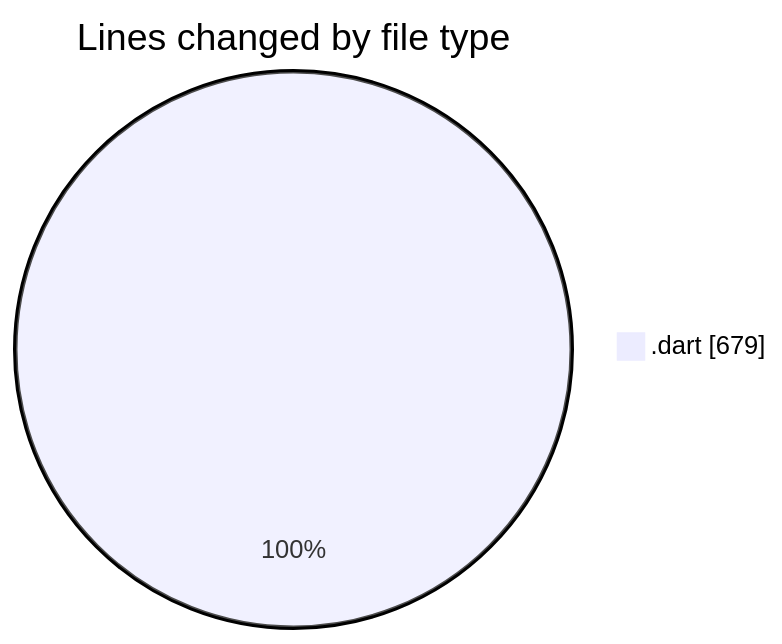
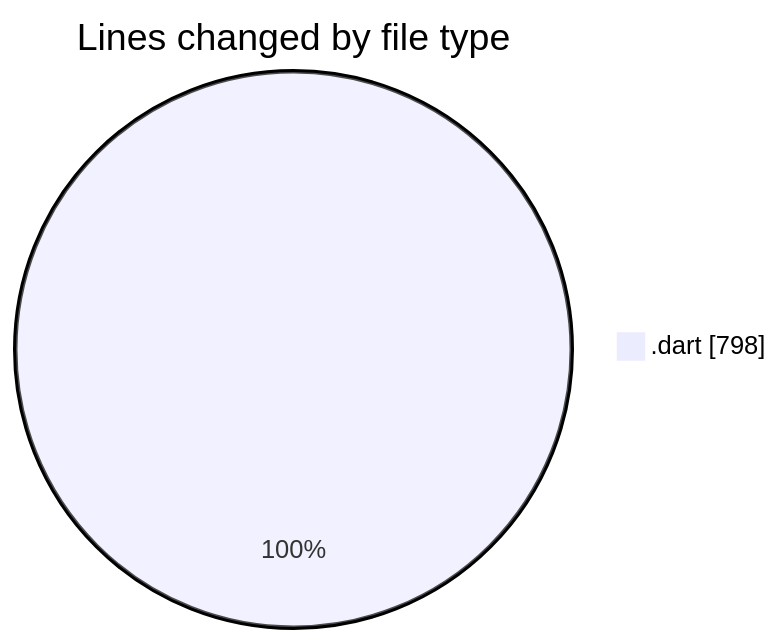
One commit to donsfak/code-tracking changed the first of 2 diagrams in 2025-03-25/wordle/README.md. Above: the diagram before and after it, drawn with Mermaid. The commit also changed other lines of this file and 1 other file, not shown here.

````diff
--- a/2025-03-25/wordle/README.md
+++ b/2025-03-25/wordle/README.md
@@ -29,5 +29,5 @@
 ```mermaid
 pie showData
 title Lines changed by file type
-".dart" : 679
+".dart" : 798
 ```
````
